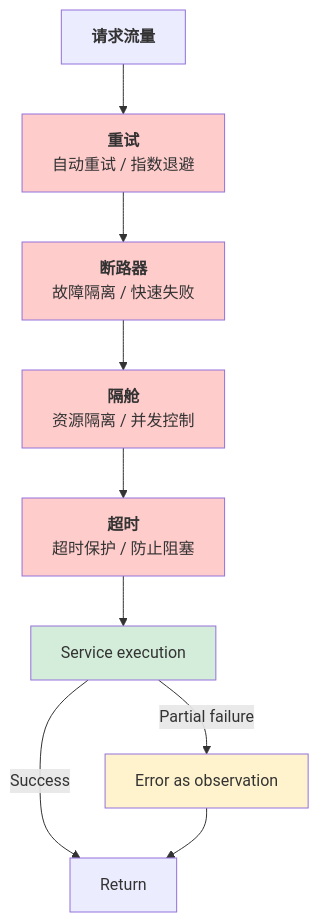
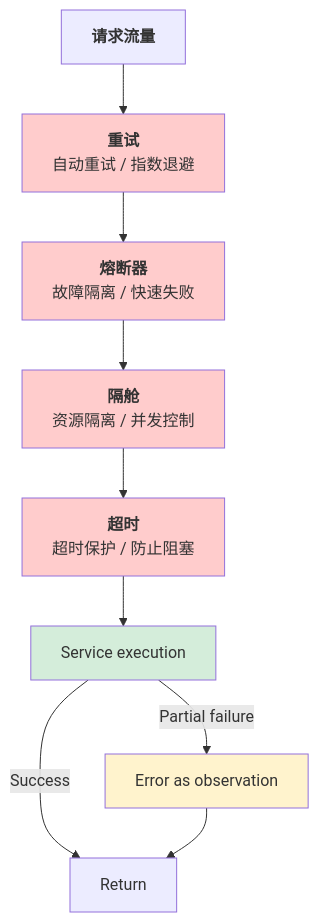
The third of 4 diagrams in 11_reliability/11.3_fault_tolerance.md (yeasy/harness_engineering_guide), drawn with Mermaid before and after one commit. The commit also changed other lines of this file and 10 other files, not shown here.

````diff
--- a/11_reliability/11.3_fault_tolerance.md
+++ b/11_reliability/11.3_fault_tolerance.md
@@ -323,27 +323,27 @@
 ```mermaid
 graph TD
     A["<b>请求流量</b>"]
 
     A --> B["<b>重试</b><br/>自动重试 / 指数退避"]
 
-    B --> C["<b>断路器</b><br/>故障隔离 / 快速失败"]
+    B --> C["<b>熔断器</b><br/>故障隔离 / 快速失败"]
 
     C --> D["<b>隔舱</b><br/>资源隔离 / 并发控制"]
 
     D --> E["<b>超时</b><br/>超时保护 / 防止阻塞"]
 
     E --> F["Service execution"]
 
     F -->|Success| G["Return"]
 
     F -->|Partial failure| H["Error as observation"]
 
     H --> G
 
     style B fill:#ffcccc
     style C fill:#ffcccc
     style D fill:#ffcccc
     style E fill:#ffcccc
     style F fill:#d4edda
     style H fill:#fff3cd
 ```
````
